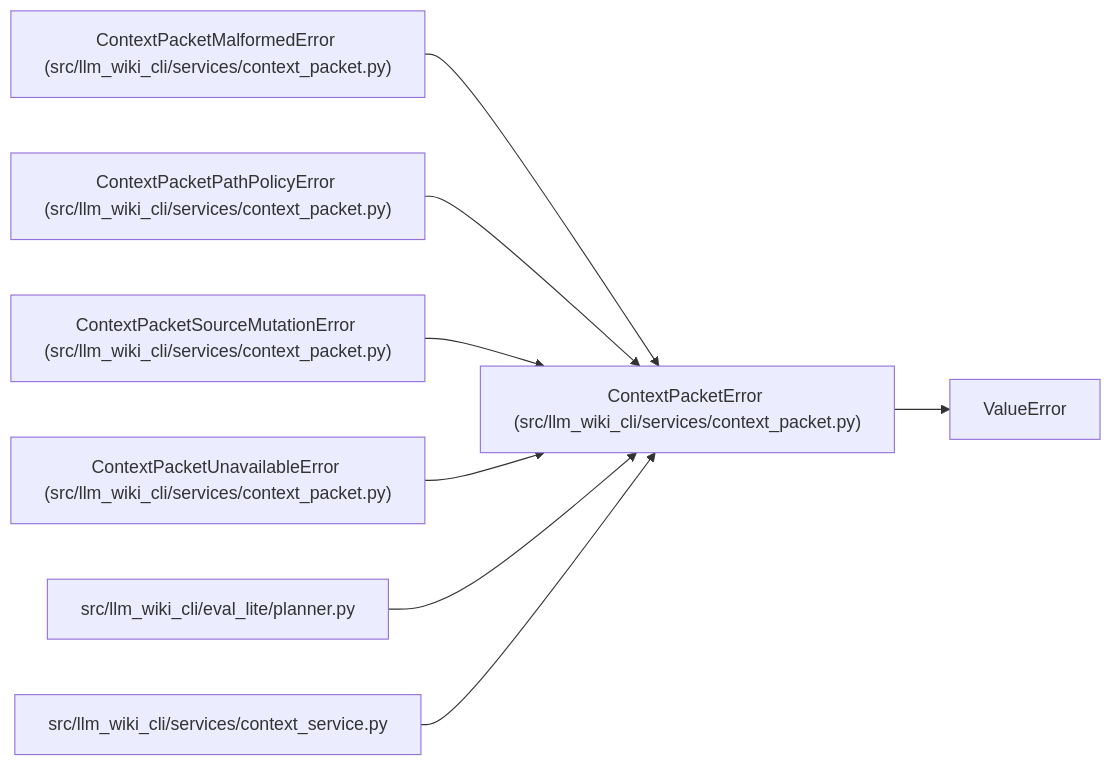
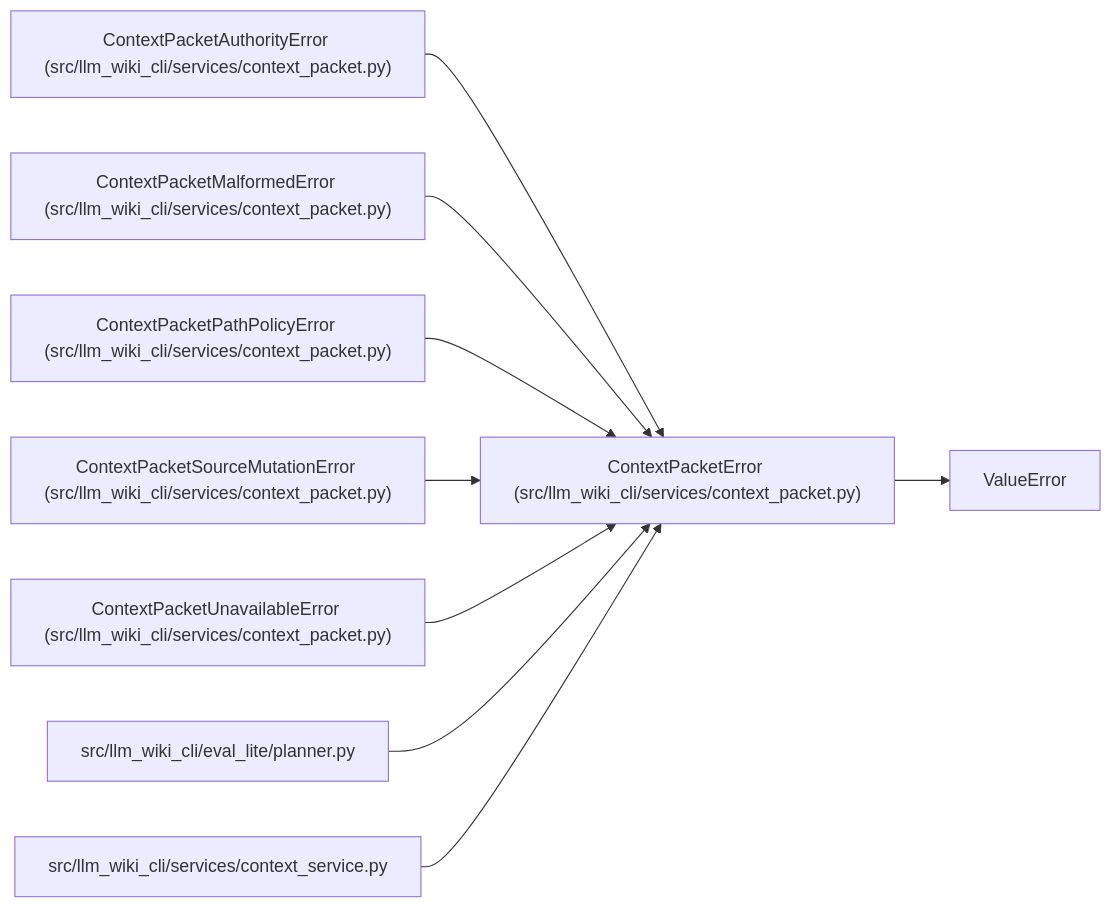
Before and after one commit to Denissvgn/python-wiki-llm: the diagram in docs/llm_wiki/entities/ContextPacketError.md, drawn with Mermaid. The commit also changed other lines of this file and 775 other files, not shown here.

````diff
--- a/docs/llm_wiki/entities/ContextPacketError.md
+++ b/docs/llm_wiki/entities/ContextPacketError.md
@@ -23,25 +23,28 @@
 ```mermaid
 flowchart LR
     n0["ContextPacketError (src/llm_wiki_cli/services/context_packet.py)"]
     n1["ValueError"]
-    n2["ContextPacketMalformedError (src/llm_wiki_cli/services/context_packet.py)"]
-    n3["ContextPacketPathPolicyError (src/llm_wiki_cli/services/context_packet.py)"]
-    n4["ContextPacketSourceMutationError (src/llm_wiki_cli/services/context_packet.py)"]
-    n5["ContextPacketUnavailableError (src/llm_wiki_cli/services/context_packet.py)"]
-    n6["src/llm_wiki_cli/eval_lite/planner.py"]
-    n7["src/llm_wiki_cli/services/context_service.py"]
+    n2["ContextPacketAuthorityError (src/llm_wiki_cli/services/context_packet.py)"]
+    n3["ContextPacketMalformedError (src/llm_wiki_cli/services/context_packet.py)"]
+    n4["ContextPacketPathPolicyError (src/llm_wiki_cli/services/context_packet.py)"]
+    n5["ContextPacketSourceMutationError (src/llm_wiki_cli/services/context_packet.py)"]
+    n6["ContextPacketUnavailableError (src/llm_wiki_cli/services/context_packet.py)"]
+    n7["src/llm_wiki_cli/eval_lite/planner.py"]
+    n8["src/llm_wiki_cli/services/context_service.py"]
     n0 --> n1
     n2 --> n0
     n3 --> n0
     n4 --> n0
     n5 --> n0
     n6 --> n0
     n7 --> n0
+    n8 --> n0
     click n0 "../modules/context_packet.md"
     click n2 "../modules/context_packet.md"
     click n3 "../modules/context_packet.md"
     click n4 "../modules/context_packet.md"
     click n5 "../modules/context_packet.md"
-    click n6 "../modules/planner.md"
-    click n7 "../modules/context_service.md"
+    click n6 "../modules/context_packet.md"
+    click n7 "../modules/planner.md"
+    click n8 "../modules/context_service.md"
 ```
````
